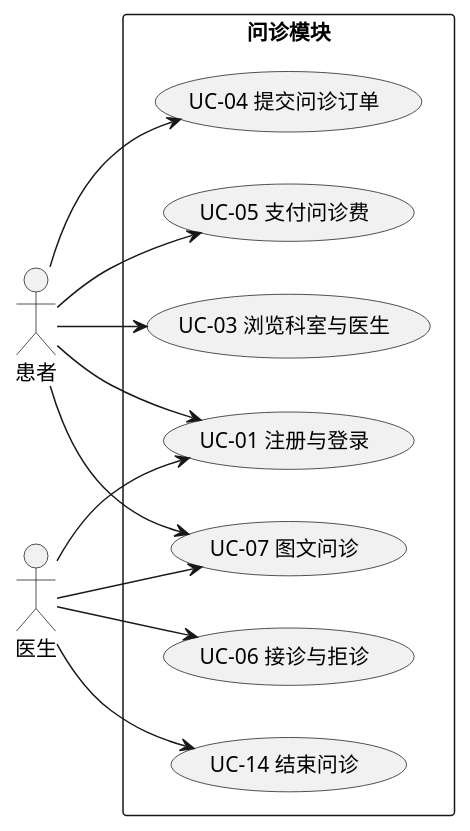
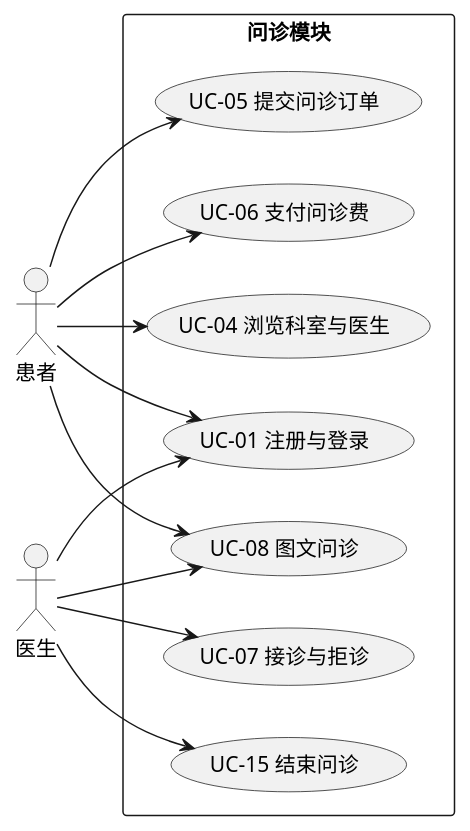
The diagram in docs/diagrams/use-case-consultation.puml (RefuseIOT/MedicinePlatform), drawn with PlantUML before and after one commit. The commit also changed 4 other files, not shown here.

```diff
--- a/docs/diagrams/use-case-consultation.puml
+++ b/docs/diagrams/use-case-consultation.puml
@@ -1,28 +1,28 @@
 @startuml 问诊模块用例图
 left to right direction
 skinparam packageStyle rectangle
 
 actor "患者" as P
 actor "医生" as D
 
 rectangle "问诊模块" {
   usecase "UC-01 注册与登录" as UC01
-  usecase "UC-03 浏览科室与医生" as UC03
-  usecase "UC-04 提交问诊订单" as UC04
-  usecase "UC-05 支付问诊费" as UC05
-  usecase "UC-06 接诊与拒诊" as UC06
-  usecase "UC-07 图文问诊" as UC07
-  usecase "UC-14 结束问诊" as UC14
+  usecase "UC-04 浏览科室与医生" as UC04
+  usecase "UC-05 提交问诊订单" as UC05
+  usecase "UC-06 支付问诊费" as UC06
+  usecase "UC-07 接诊与拒诊" as UC07
+  usecase "UC-08 图文问诊" as UC08
+  usecase "UC-15 结束问诊" as UC15
 }
 
 P --> UC01
-P --> UC03
 P --> UC04
 P --> UC05
-P --> UC07
+P --> UC06
+P --> UC08
 
 D --> UC01
-D --> UC06
 D --> UC07
-D --> UC14
+D --> UC08
+D --> UC15
 @enduml
```
